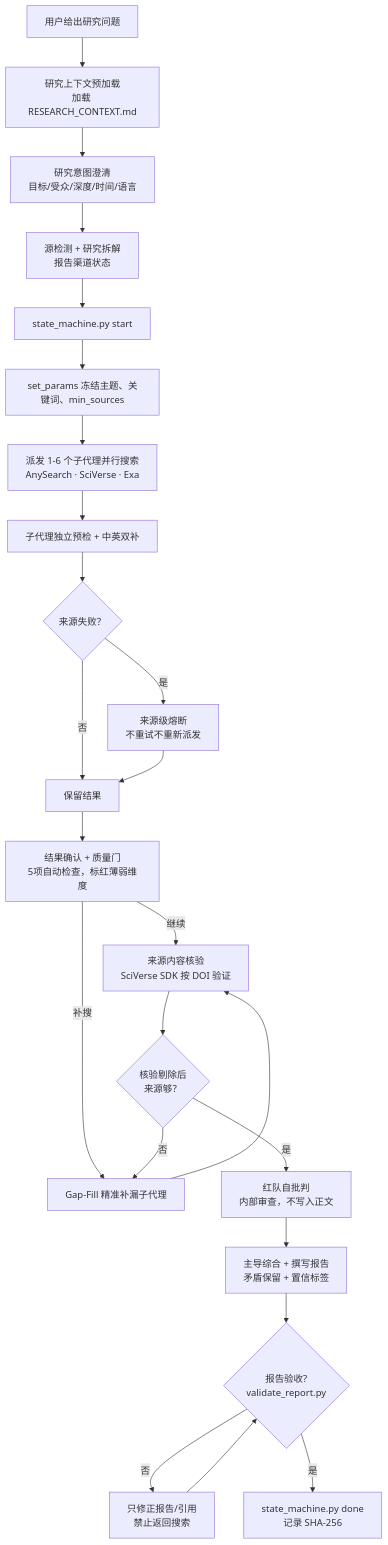
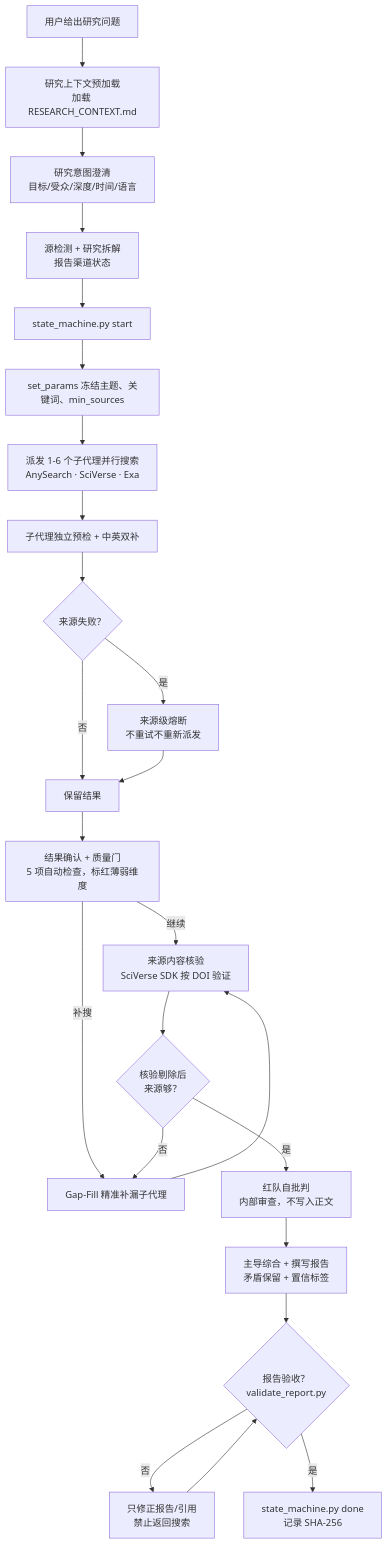
The diagram in README.md (jefeerzhang/tri-research-skill), drawn with Mermaid before and after one commit. The commit also changed other lines of this file, not shown here.

````diff
--- a/README.md
+++ b/README.md
@@ -112,26 +127,26 @@
 ```mermaid
 flowchart TD
     U["用户给出研究问题"] --> CT["研究上下文预加载<br/>加载 RESEARCH_CONTEXT.md"]
     CT --> CL["研究意图澄清<br/>目标/受众/深度/时间/语言"]
     CL --> P["源检测 + 研究拆解<br/>报告渠道状态"]
     P --> SM0["state_machine.py start"]
     SM0 --> SM1["set_params 冻结主题、关键词、min_sources"]
     SM1 --> D["派发 1-6 个子代理并行搜索<br/>AnySearch · SciVerse · Exa"]
     D --> Q["子代理独立预检 + 中英双补"]
     Q --> F{"来源失败？"}
     F -- "是" --> CB["来源级熔断<br/>不重试不重新派发"]
     F -- "否" --> R["保留结果"]
     CB --> R
-    R --> C["结果确认 + 质量门<br/>5项自动检查，标红薄弱维度"]
+    R --> C["结果确认 + 质量门<br/>5 项自动检查，标红薄弱维度"]
     C -- "继续" --> V["来源内容核验<br/>SciVerse SDK 按 DOI 验证"]
     C -- "补搜" --> GF["Gap-Fill 精准补漏子代理"]
     GF --> V
     V --> VX{"核验剔除后<br/>来源够？"}
     VX -- "否" --> GF
     VX -- "是" --> CR["红队自批判<br/>内部审查，不写入正文"]
     CR --> S["主导综合 + 撰写报告<br/>矛盾保留 + 置信标签"]
-    S --> VT{"报告验收?<br/>validate_report.py"}
+    S --> VT{"报告验收？<br/>validate_report.py"}
     VT -- "否" --> FIX["只修正报告/引用<br/>禁止返回搜索"]
     FIX --> VT
     VT -- "是" --> SM2["state_machine.py done<br/>记录 SHA-256"]
 ```
````
